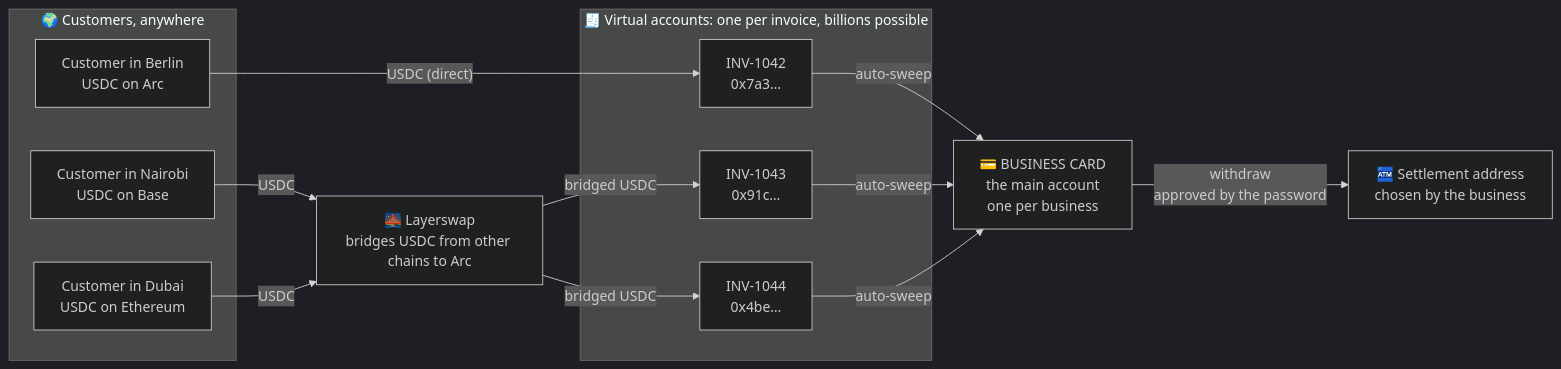
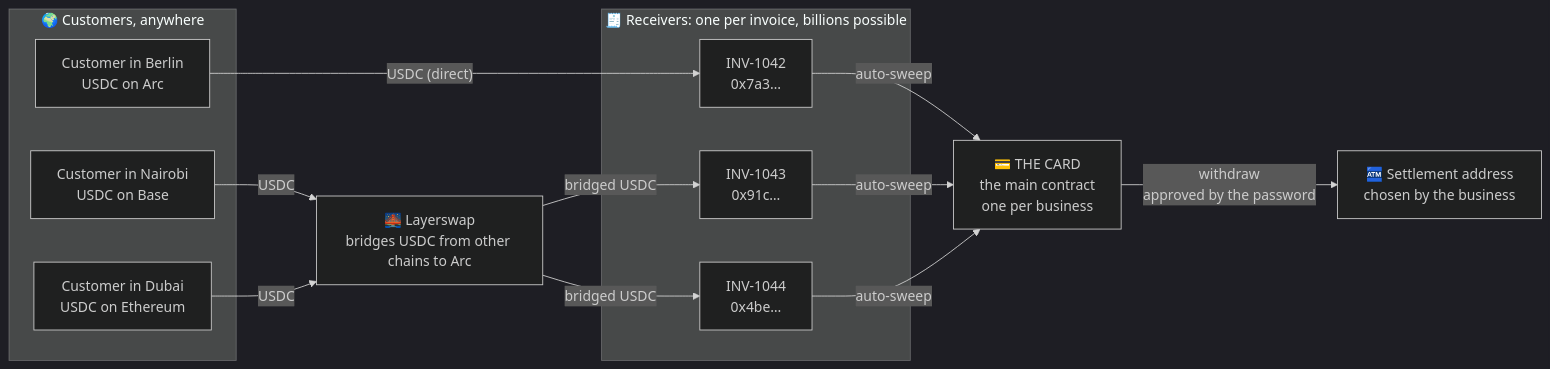
One commit to mitmelon/zionmatrix-arc changed the first of 5 diagrams in README.md. Above: the diagram before and after it, drawn with Mermaid (dark theme). The commit also changed other lines of this file, not shown here.

````diff
--- a/README.md
+++ b/README.md
@@ -47,29 +46,29 @@
 ```mermaid
 flowchart LR
     subgraph W["🌍 Customers, anywhere"]
         C1["Customer in Berlin<br/>USDC on Arc"]
         C2["Customer in Nairobi<br/>USDC on Base"]
         C3["Customer in Dubai<br/>USDC on Ethereum"]
     end
 
     LS["🌉 Layerswap<br/>bridges USDC from other chains to Arc"]
 
-    subgraph V["🧾 Virtual accounts: one per invoice, billions possible"]
+    subgraph V["🧾 Receivers: one per invoice, billions possible"]
         V1["INV-1042<br/>0x7a3…"]
         V2["INV-1043<br/>0x91c…"]
         V3["INV-1044<br/>0x4be…"]
     end
 
-    CARD["💳 BUSINESS CARD<br/>the main account<br/>one per business"]
+    CARD["💳 THE CARD<br/>the main contract<br/>one per business"]
     SET["🏧 Settlement address<br/>chosen by the business"]
 
     C1 -- "USDC (direct)" --> V1
     C2 -- "USDC" --> LS
     C3 -- "USDC" --> LS
     LS -- "bridged USDC" --> V2
     LS -- "bridged USDC" --> V3
     V1 -- "auto-sweep" --> CARD
     V2 -- "auto-sweep" --> CARD
     V3 -- "auto-sweep" --> CARD
     CARD -- "withdraw<br/>approved by the password" --> SET
 ```
````
